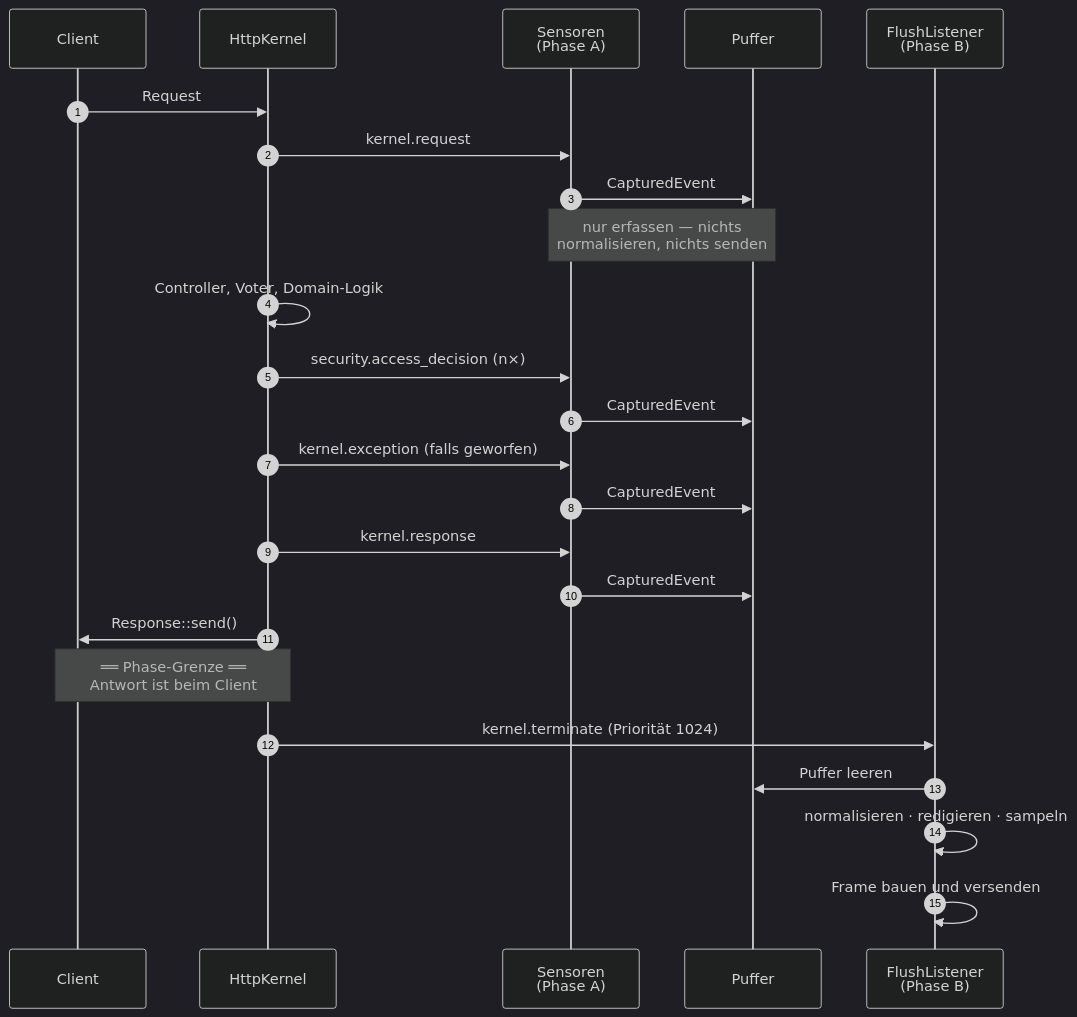
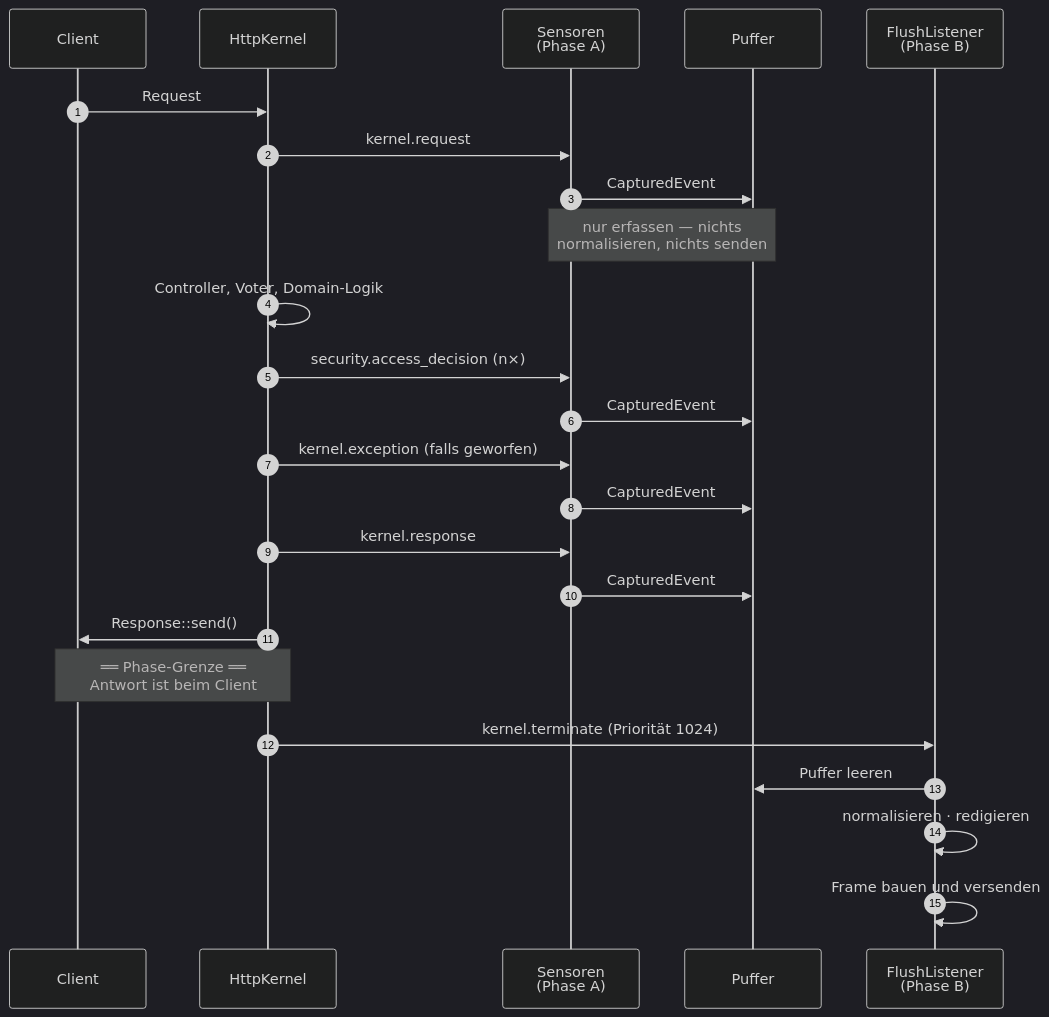
Before and after one commit to projektmotor/ids-sensor-bundle: the diagram in doc/04-request-lebenszyklus.md, drawn with Mermaid (dark theme). The commit also changed 26 other files, not shown here.

````diff
--- a/doc/04-request-lebenszyklus.md
+++ b/doc/04-request-lebenszyklus.md
@@ -8,30 +8,30 @@
 ```mermaid
 sequenceDiagram
     autonumber
     participant C as Client
     participant K as HttpKernel
     participant S as Sensoren<br/>(Phase A)
     participant P as Puffer
     participant F as FlushListener<br/>(Phase B)
 
     C->>K: Request
     K->>S: kernel.request
     S->>P: CapturedEvent
     Note over S,P: nur erfassen — nichts<br/>normalisieren, nichts senden
 
     K->>K: Controller, Voter, Domain-Logik
     K->>S: security.access_decision (n×)
     S->>P: CapturedEvent
     K->>S: kernel.exception (falls geworfen)
     S->>P: CapturedEvent
     K->>S: kernel.response
     S->>P: CapturedEvent
 
     K->>C: Response::send()
     Note over C,K: ══ Phase-Grenze ══<br/>Antwort ist beim Client
 
     K->>F: kernel.terminate (Priorität 1024)
     F->>P: Puffer leeren
-    F->>F: normalisieren · redigieren · sampeln
+    F->>F: normalisieren · redigieren
     F->>F: Frame bauen und versenden
 ```
````
